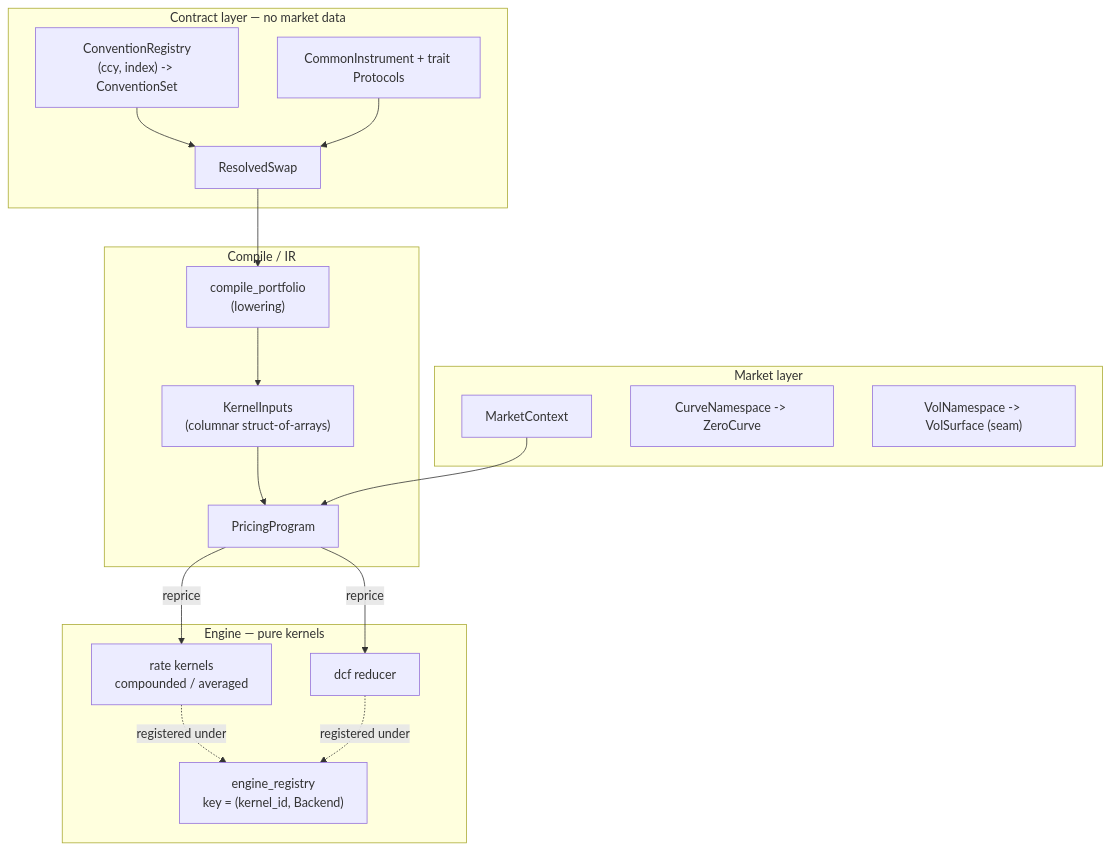
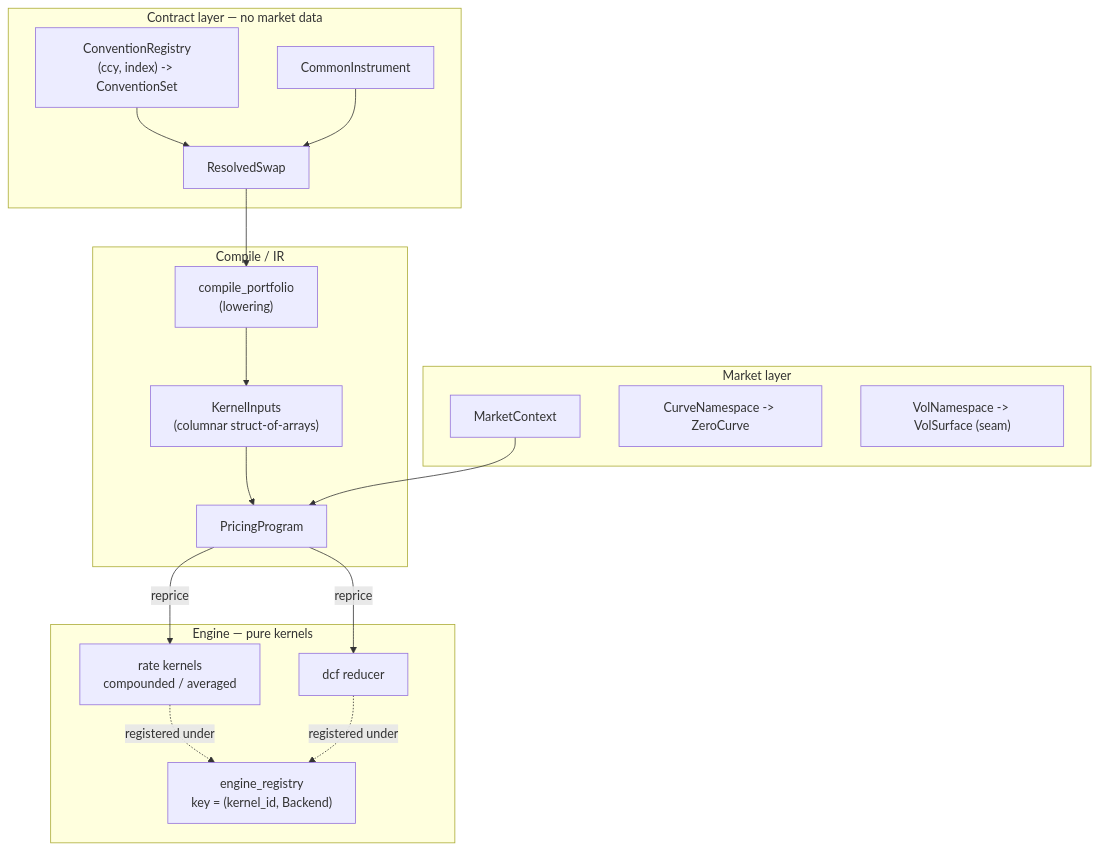
The second of 4 diagrams in docs/pricing_architecture.md (rudetastic13/quant-toolkit), drawn with Mermaid before and after one commit. The commit also changed other lines of this file and 40 other files, not shown here.

````diff
--- a/docs/pricing_architecture.md
+++ b/docs/pricing_architecture.md
@@ -84,32 +84,32 @@
 ```mermaid
 flowchart TB
     subgraph CONTRACT["Contract layer — no market data"]
         CONV["ConventionRegistry<br/>(ccy, index) -> ConventionSet"]
-        CI["CommonInstrument + trait Protocols"]
+        CI["CommonInstrument"]
         RS2["ResolvedSwap"]
     end
     subgraph MARKET["Market layer"]
         MC["MarketContext"]
         CN["CurveNamespace -> ZeroCurve"]
         VN["VolNamespace -> VolSurface (seam)"]
     end
     subgraph COMPILE["Compile / IR"]
         CMP["compile_portfolio<br/>(lowering)"]
         KI["KernelInputs<br/>(columnar struct-of-arrays)"]
         PP2["PricingProgram"]
     end
     subgraph ENGINE["Engine — pure kernels"]
         REG["engine_registry<br/>key = (kernel_id, Backend)"]
         RK["rate kernels<br/>compounded / averaged"]
         DCF["dcf reducer"]
     end
 
     CONV --> RS2
     CI --> RS2
     RS2 --> CMP --> KI --> PP2
     MC --> PP2
     PP2 -- "reprice" --> RK
     PP2 -- "reprice" --> DCF
     RK -. "registered under" .-> REG
     DCF -. "registered under" .-> REG
 ```
````
